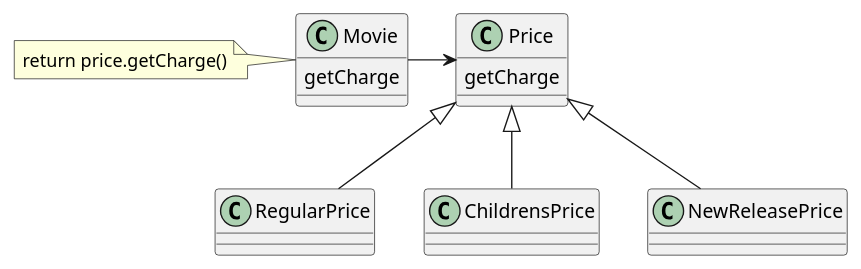
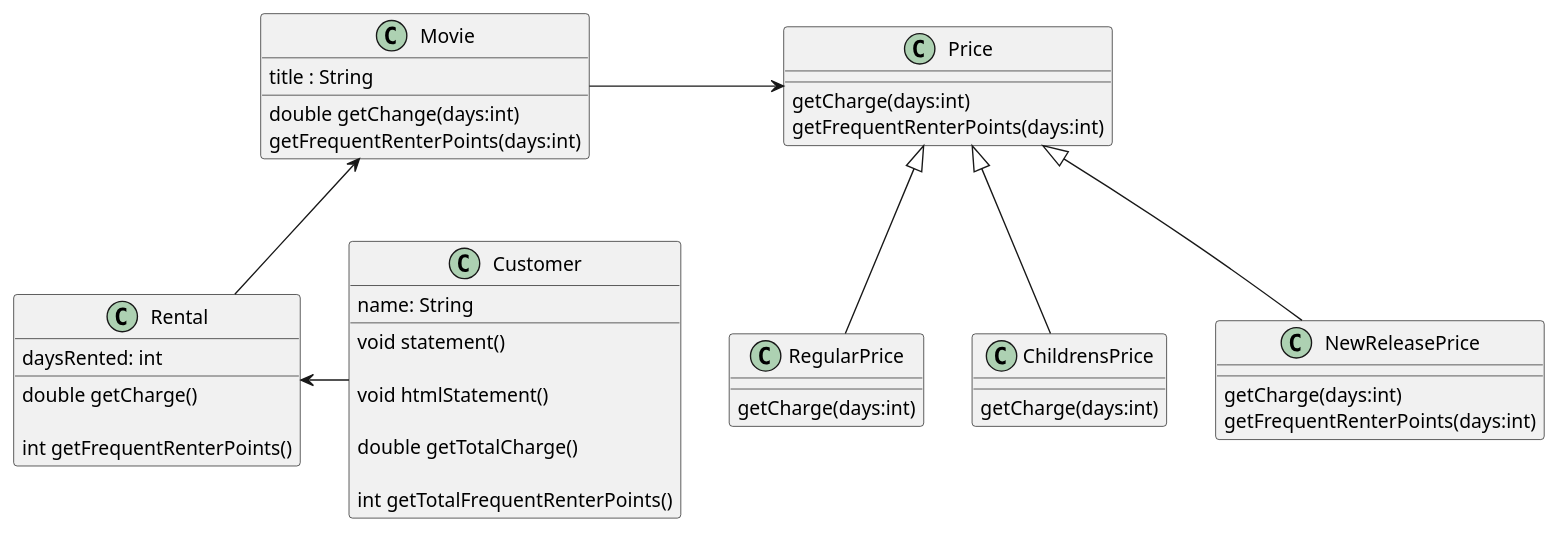
The diagram in doc/classV2.puml (xiaofeiyang110/Refactoring-demo), drawn with PlantUML before and after one commit. The commit also changed 8 other files, not shown here.

```diff
--- a/doc/classV2.puml
+++ b/doc/classV2.puml
@@ -1,18 +1,56 @@
 @startuml
 
     class Movie {
-        getCharge
+        title : String
+        double getChange(days:int)
+        getFrequentRenterPoints(days:int)
     }
-    note left: return price.getCharge()
 
     class Price {
-        getCharge
+        getCharge(days:int)
+        getFrequentRenterPoints(days:int)
     }
+
+    class RegularPrice {
+        getCharge(days:int)
+    }
+
+    class ChildrensPrice {
+         getCharge(days:int)
+    }
+
+    class NewReleasePrice {
+         getCharge(days:int)
+         getFrequentRenterPoints(days:int)
+    }
+
+    class Rental {
+        daysRented: int
+
+        double getCharge()
+
+        int getFrequentRenterPoints()
+    }
+
+    class Customer {
+        name: String
+
+        void statement()
+
+        void htmlStatement()
+
+        double getTotalCharge()
+
+        int getTotalFrequentRenterPoints()
+    }
+
 
     Movie  -right-> Price
     Price <|-- RegularPrice
     Price <|-- ChildrensPrice
     Price <|-- NewReleasePrice
+    Rental -up->Movie
+    Customer -left-> Rental
 
 
     @end
```
